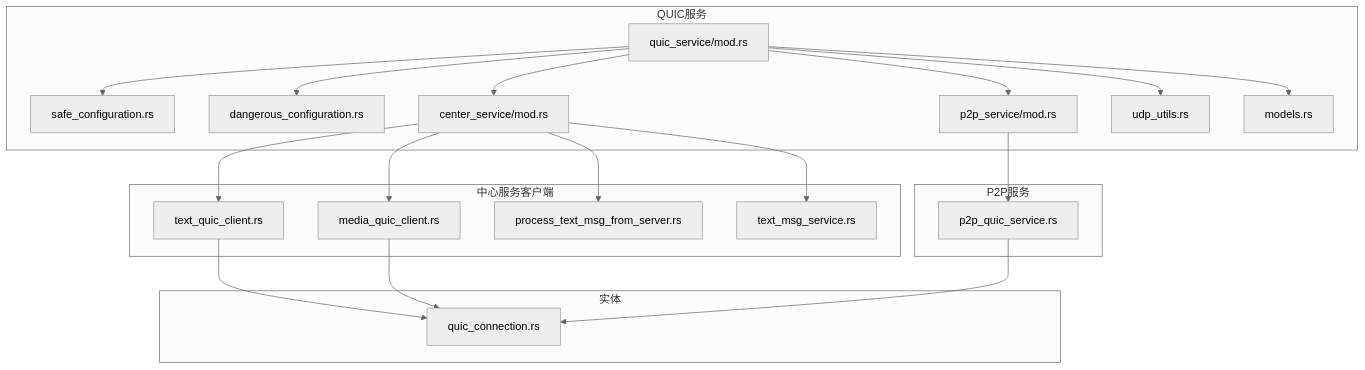
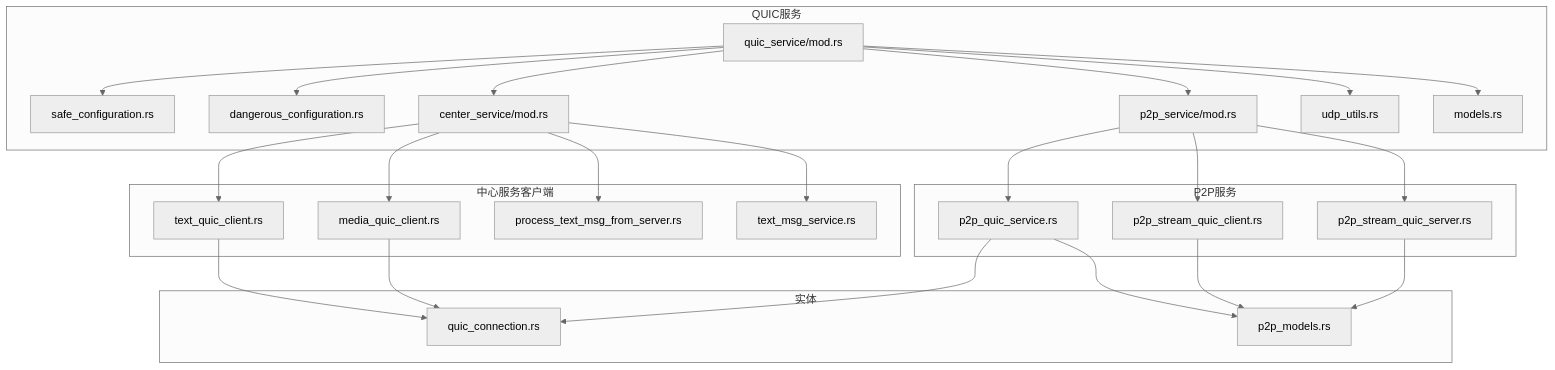
Before and after one commit to nicolastinger/only-talk-app: the first of 11 diagrams in .qoder/repowiki/zh/content/网络通信/QUIC传输层.md, drawn with Mermaid (neutral theme). The commit also changed other lines of this file and 5 other files, not shown here.

````diff
--- a/.qoder/repowiki/zh/content/网络通信/QUIC传输层.md
+++ b/.qoder/repowiki/zh/content/网络通信/QUIC传输层.md
@@ -47,38 +59,46 @@
 ```mermaid
 graph TB
 subgraph "QUIC服务"
 QS["quic_service/mod.rs"]
 SAFE["safe_configuration.rs"]
 DANG["dangerous_configuration.rs"]
 CS_MOD["center_service/mod.rs"]
 PS_MOD["p2p_service/mod.rs"]
 UDP["udp_utils.rs"]
 MODELS["models.rs"]
 end
 subgraph "中心服务客户端"
 TXT_CLI["text_quic_client.rs"]
 MED_CLI["media_quic_client.rs"]
 PROC_TXT["process_text_msg_from_server.rs"]
 TXT_SVC["text_msg_service.rs"]
 end
 subgraph "P2P服务"
 P2P_SVC["p2p_quic_service.rs"]
+P2P_CLIENT["p2p_stream_quic_client.rs"]
+P2P_SERVER["p2p_stream_quic_server.rs"]
 end
 subgraph "实体"
 QCONN["quic_connection.rs"]
+P2P_MODELS["p2p_models.rs"]
 end
 QS --> SAFE
 QS --> DANG
 QS --> CS_MOD
 QS --> PS_MOD
 QS --> UDP
 QS --> MODELS
 CS_MOD --> TXT_CLI
 CS_MOD --> MED_CLI
 CS_MOD --> PROC_TXT
 CS_MOD --> TXT_SVC
 PS_MOD --> P2P_SVC
+PS_MOD --> P2P_CLIENT
+PS_MOD --> P2P_SERVER
+P2P_SVC --> P2P_MODELS
+P2P_CLIENT --> P2P_MODELS
+P2P_SERVER --> P2P_MODELS
 TXT_CLI --> QCONN
 MED_CLI --> QCONN
 P2P_SVC --> QCONN
 ```
````
